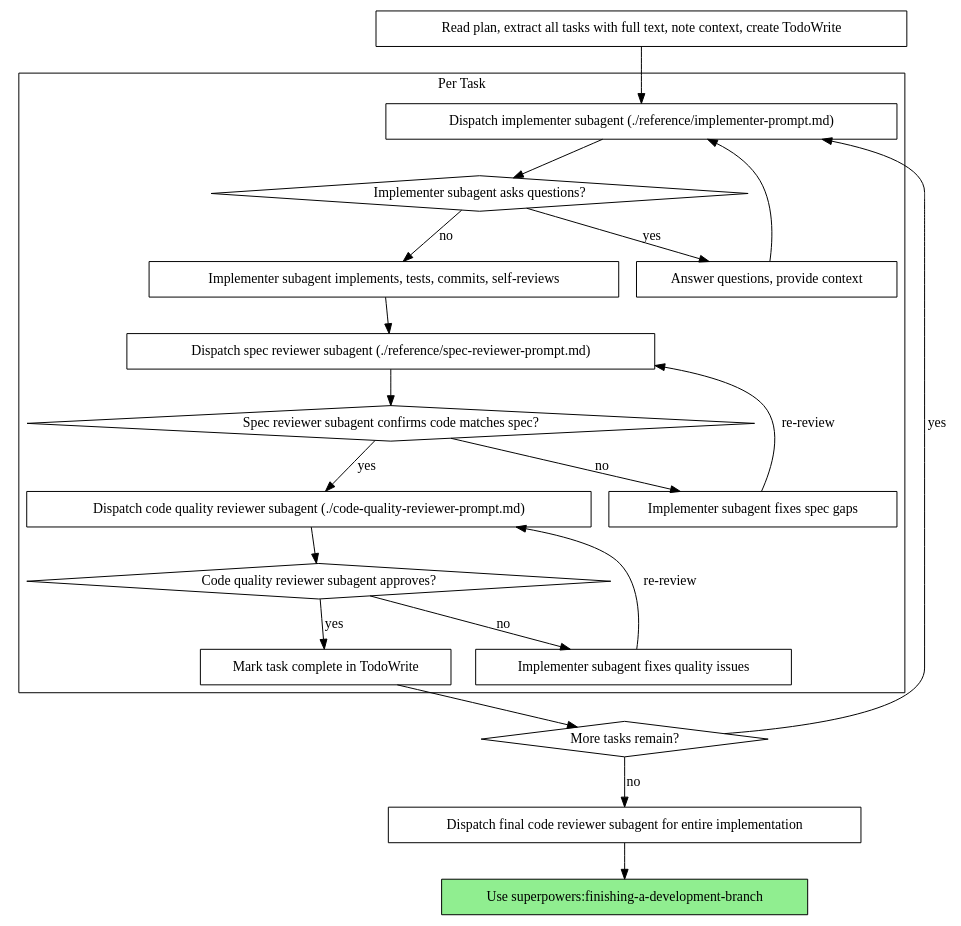
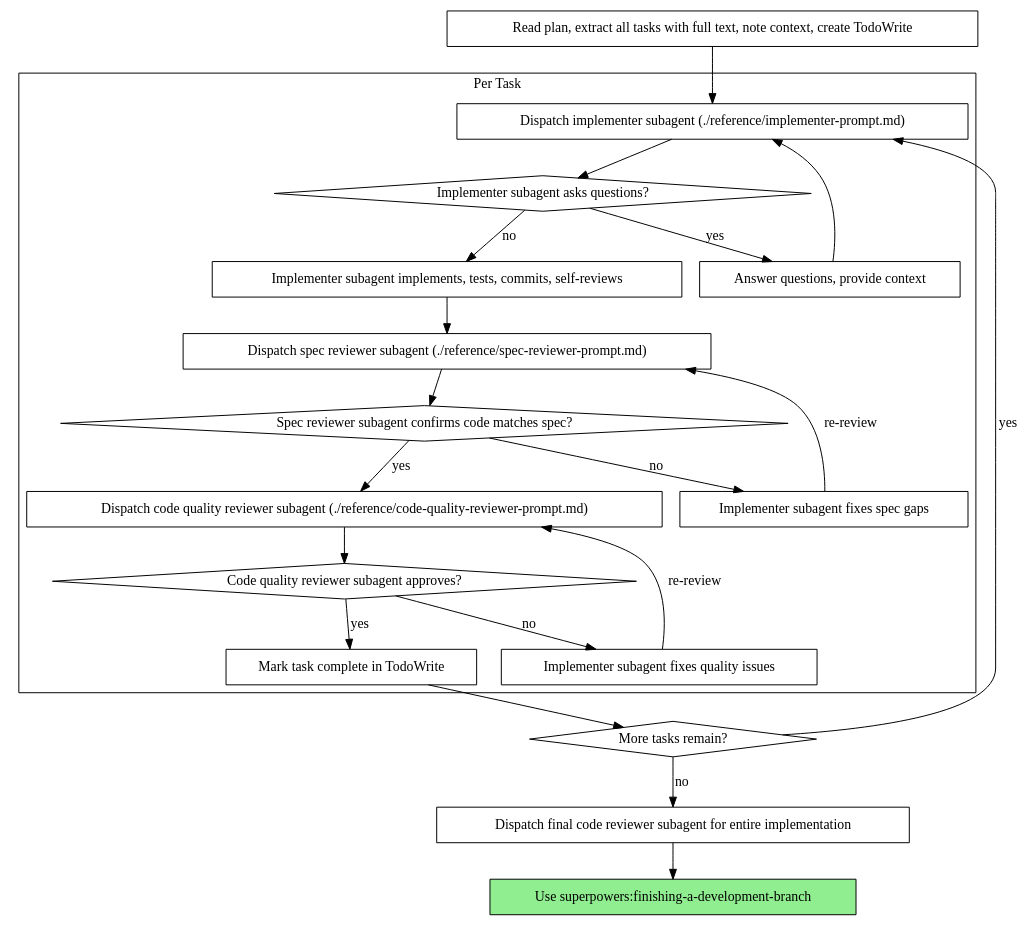
The second of 2 diagrams in claude-scaffolding/skills/subagent-driven-development/SKILL.md (Fleron/Claude-plugins), drawn with Graphviz before and after one commit. The commit also changed other lines of this file and 29 other files, not shown here.

Commit message:
feat: code-review-agent

````diff
--- a/claude-scaffolding/skills/subagent-driven-development/SKILL.md
+++ b/claude-scaffolding/skills/subagent-driven-development/SKILL.md
@@ -43,44 +43,44 @@
 ```dot
 digraph process {
     rankdir=TB;
 
     subgraph cluster_per_task {
         label="Per Task";
         "Dispatch implementer subagent (./reference/implementer-prompt.md)" [shape=box];
         "Implementer subagent asks questions?" [shape=diamond];
         "Answer questions, provide context" [shape=box];
         "Implementer subagent implements, tests, commits, self-reviews" [shape=box];
         "Dispatch spec reviewer subagent (./reference/spec-reviewer-prompt.md)" [shape=box];
         "Spec reviewer subagent confirms code matches spec?" [shape=diamond];
         "Implementer subagent fixes spec gaps" [shape=box];
-        "Dispatch code quality reviewer subagent (./code-quality-reviewer-prompt.md)" [shape=box];
+        "Dispatch code quality reviewer subagent (./reference/code-quality-reviewer-prompt.md)" [shape=box];
         "Code quality reviewer subagent approves?" [shape=diamond];
         "Implementer subagent fixes quality issues" [shape=box];
         "Mark task complete in TodoWrite" [shape=box];
     }
 
     "Read plan, extract all tasks with full text, note context, create TodoWrite" [shape=box];
     "More tasks remain?" [shape=diamond];
     "Dispatch final code reviewer subagent for entire implementation" [shape=box];
     "Use superpowers:finishing-a-development-branch" [shape=box style=filled fillcolor=lightgreen];
 
     "Read plan, extract all tasks with full text, note context, create TodoWrite" -> "Dispatch implementer subagent (./reference/implementer-prompt.md)";
     "Dispatch implementer subagent (./reference/implementer-prompt.md)" -> "Implementer subagent asks questions?";
     "Implementer subagent asks questions?" -> "Answer questions, provide context" [label="yes"];
     "Answer questions, provide context" -> "Dispatch implementer subagent (./reference/implementer-prompt.md)";
     "Implementer subagent asks questions?" -> "Implementer subagent implements, tests, commits, self-reviews" [label="no"];
     "Implementer subagent implements, tests, commits, self-reviews" -> "Dispatch spec reviewer subagent (./reference/spec-reviewer-prompt.md)";
     "Dispatch spec reviewer subagent (./reference/spec-reviewer-prompt.md)" -> "Spec reviewer subagent confirms code matches spec?";
     "Spec reviewer subagent confirms code matches spec?" -> "Implementer subagent fixes spec gaps" [label="no"];
     "Implementer subagent fixes spec gaps" -> "Dispatch spec reviewer subagent (./reference/spec-reviewer-prompt.md)" [label="re-review"];
-    "Spec reviewer subagent confirms code matches spec?" -> "Dispatch code quality reviewer subagent (./code-quality-reviewer-prompt.md)" [label="yes"];
-    "Dispatch code quality reviewer subagent (./code-quality-reviewer-prompt.md)" -> "Code quality reviewer subagent approves?";
+    "Spec reviewer subagent confirms code matches spec?" -> "Dispatch code quality reviewer subagent (./reference/code-quality-reviewer-prompt.md)" [label="yes"];
+    "Dispatch code quality reviewer subagent (./reference/code-quality-reviewer-prompt.md)" -> "Code quality reviewer subagent approves?";
     "Code quality reviewer subagent approves?" -> "Implementer subagent fixes quality issues" [label="no"];
-    "Implementer subagent fixes quality issues" -> "Dispatch code quality reviewer subagent (./code-quality-reviewer-prompt.md)" [label="re-review"];
+    "Implementer subagent fixes quality issues" -> "Dispatch code quality reviewer subagent (./reference/code-quality-reviewer-prompt.md)" [label="re-review"];
     "Code quality reviewer subagent approves?" -> "Mark task complete in TodoWrite" [label="yes"];
     "Mark task complete in TodoWrite" -> "More tasks remain?";
     "More tasks remain?" -> "Dispatch implementer subagent (./reference/implementer-prompt.md)" [label="yes"];
     "More tasks remain?" -> "Dispatch final code reviewer subagent for entire implementation" [label="no"];
     "Dispatch final code reviewer subagent for entire implementation" -> "Use superpowers:finishing-a-development-branch";
 }
 ```
````
